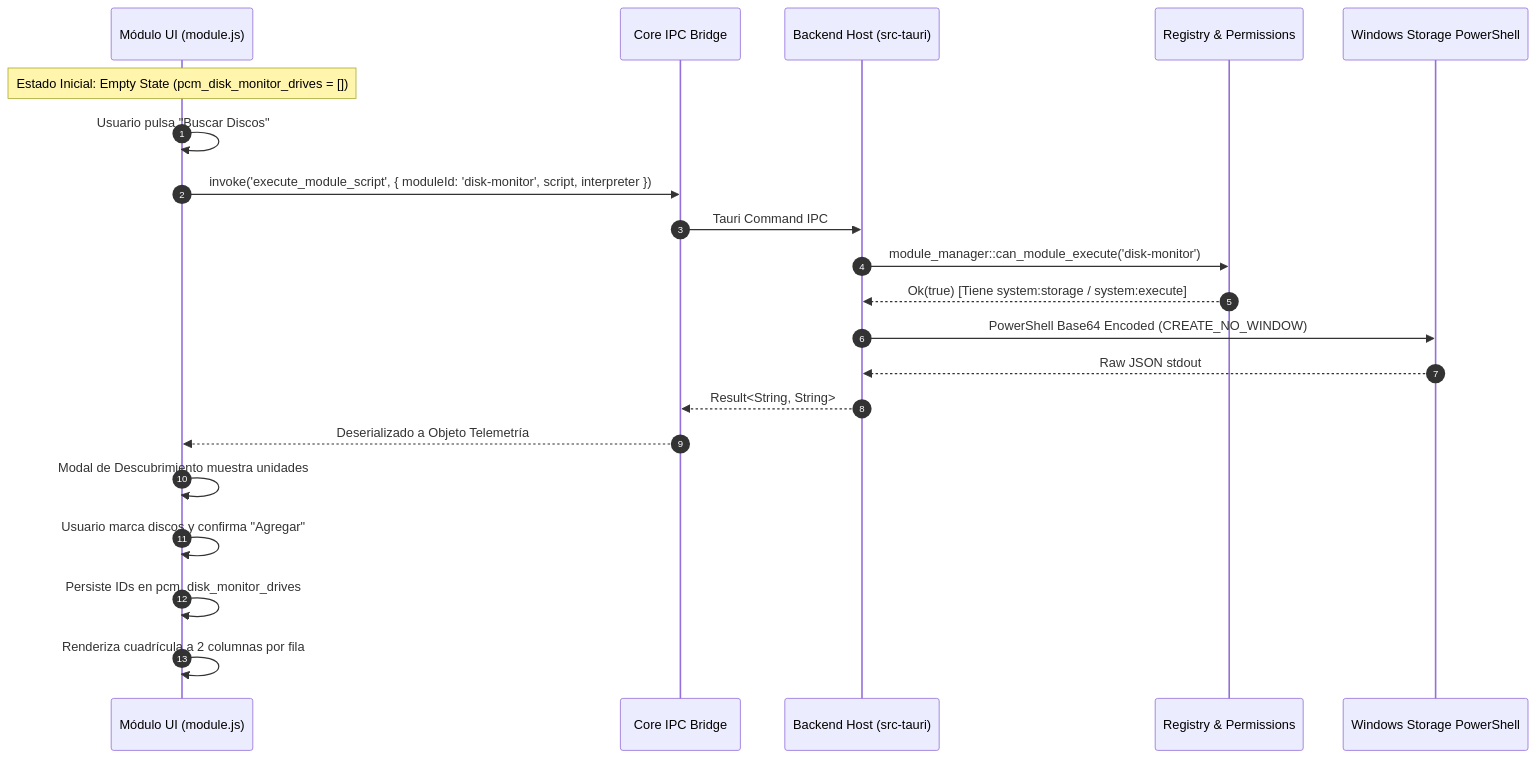
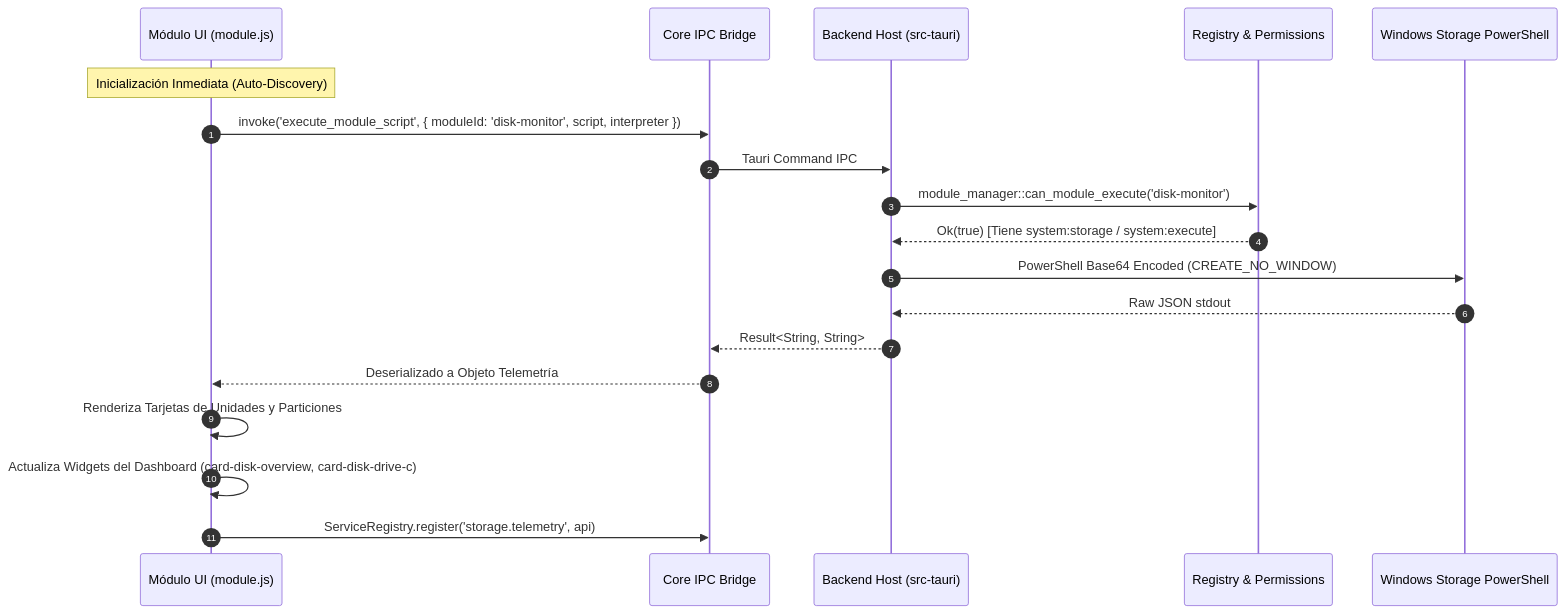
Before and after one commit to agusavila/pc_manager: the diagram in docs/developer/disk-monitor.md, drawn with Mermaid. The commit also changed other lines of this file and 9 other files, not shown here.

Commit message:
feat(module-disk-monitor): rediseño v2.0 auto-descubrimiento widgets de dashboard y autonomia de empaquetado

````diff
--- a/docs/developer/disk-monitor.md
+++ b/docs/developer/disk-monitor.md
@@ -11,24 +11,22 @@
 ```mermaid
 sequenceDiagram
     autonumber
     participant UI as Módulo UI (module.js)
     participant Core as Core IPC Bridge
     participant Rust as Backend Host (src-tauri)
     participant Perms as Registry & Permissions
     participant Storage as Windows Storage PowerShell
 
-    Note over UI: Estado Inicial: Empty State (pcm_disk_monitor_drives = [])
-    UI->>UI: Usuario pulsa "Buscar Discos"
+    Note over UI: Inicialización Inmediata (Auto-Discovery)
     UI->>Core: invoke('execute_module_script', { moduleId: 'disk-monitor', script, interpreter })
     Core->>Rust: Tauri Command IPC
     Rust->>Perms: module_manager::can_module_execute('disk-monitor')
     Perms-->>Rust: Ok(true) [Tiene system:storage / system:execute]
     Rust->>Storage: PowerShell Base64 Encoded (CREATE_NO_WINDOW)
     Storage-->>Rust: Raw JSON stdout
     Rust-->>Core: Result<String, String>
     Core-->>UI: Deserializado a Objeto Telemetría
-    UI->>UI: Modal de Descubrimiento muestra unidades
-    UI->>UI: Usuario marca discos y confirma "Agregar"
-    UI->>UI: Persiste IDs en pcm_disk_monitor_drives
-    UI->>UI: Renderiza cuadrícula a 2 columnas por fila
+    UI->>UI: Renderiza Tarjetas de Unidades y Particiones
+    UI->>UI: Actualiza Widgets del Dashboard (card-disk-overview, card-disk-drive-c)
+    UI->>Core: ServiceRegistry.register('storage.telemetry', api)
 ```
````
